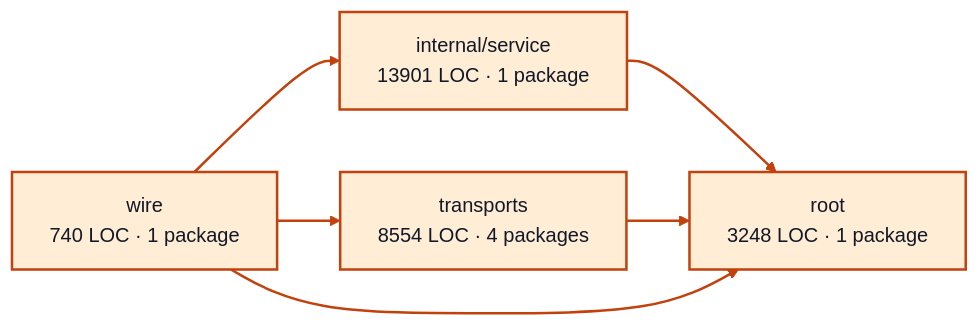
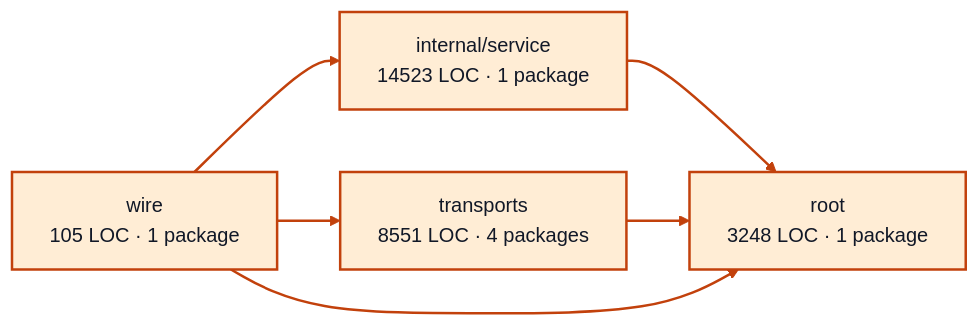
Before and after one commit to portpowered/you-agent-factory: the diagram in docs/architecture/visualizations/services/worker_sessions.md, drawn with Mermaid (base theme). The commit also changed other lines of this file and 20 other files, not shown here.

Commit message:
docs: refresh backend architecture visualizations

````diff
--- a/docs/architecture/visualizations/services/worker_sessions.md
+++ b/docs/architecture/visualizations/services/worker_sessions.md
@@ -11,17 +11,17 @@
 ```mermaid
 flowchart LR
-  p0["internal/service<br/>13901 LOC · 1 package"]
+  p0["internal/service<br/>14523 LOC · 1 package"]
   p1["root<br/>3248 LOC · 1 package"]
-  p2["transports<br/>8554 LOC · 4 packages"]
-  p3["wire<br/>740 LOC · 1 package"]
+  p2["transports<br/>8551 LOC · 4 packages"]
+  p3["wire<br/>105 LOC · 1 package"]
   p0 --> p1
   p2 --> p1
   p3 --> p0
   p3 --> p1
   p3 --> p2
   style p0 fill:#ffedd5,stroke:#c2410c,stroke-width:2px,color:#111827
   style p1 fill:#ffedd5,stroke:#c2410c,stroke-width:2px,color:#111827
   style p2 fill:#ffedd5,stroke:#c2410c,stroke-width:2px,color:#111827
   style p3 fill:#ffedd5,stroke:#c2410c,stroke-width:2px,color:#111827
   linkStyle default stroke:#c2410c,stroke-width:2px
 ```
````
